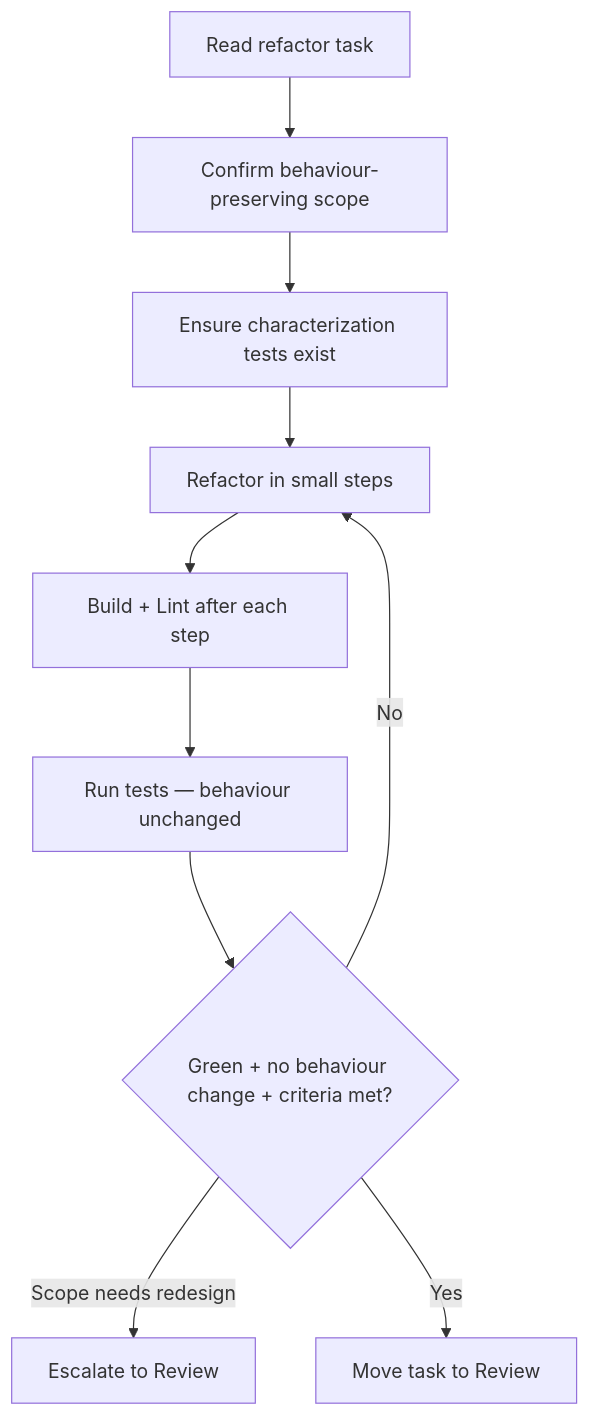
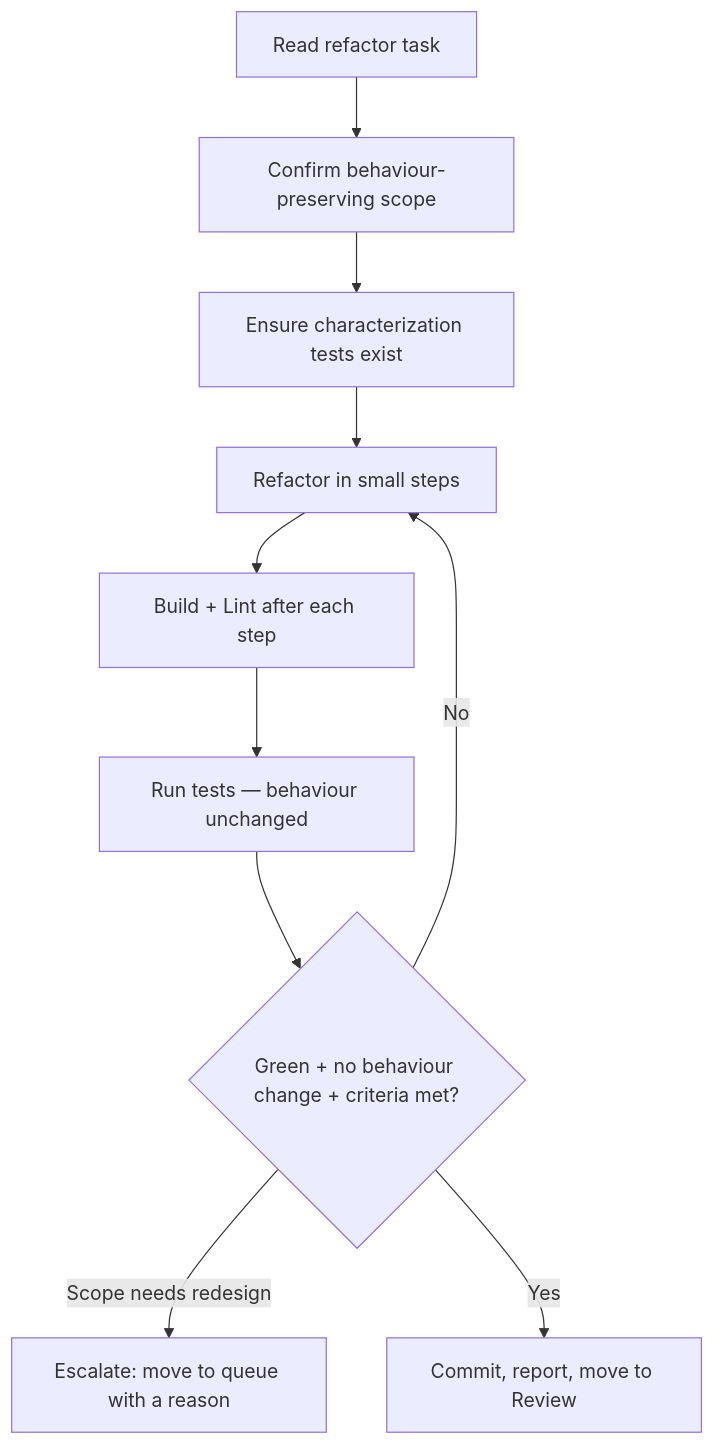
Before and after one commit to Vtquan123/strix: the diagram in templates/executors/cline/.clinerules/workflows/refactor.md, drawn with Mermaid. The commit also changed other lines of this file and 80 other files, not shown here.

````diff
--- a/templates/executors/cline/.clinerules/workflows/refactor.md
+++ b/templates/executors/cline/.clinerules/workflows/refactor.md
@@ -13,12 +13,12 @@
 ```mermaid
 flowchart TD
     A[Read refactor task] --> B[Confirm behaviour-preserving scope]
     B --> C[Ensure characterization tests exist]
     C --> D[Refactor in small steps]
     D --> E[Build + Lint after each step]
     E --> F[Run tests — behaviour unchanged]
     F --> G{Green + no behaviour change + criteria met?}
     G -->|No| D
-    G -->|Scope needs redesign| ESC[Escalate to Review]
-    G -->|Yes| H[Move task to Review]
+    G -->|Scope needs redesign| ESC[Escalate: move to queue with a reason]
+    G -->|Yes| H[Commit, report, move to Review]
 ```
````
